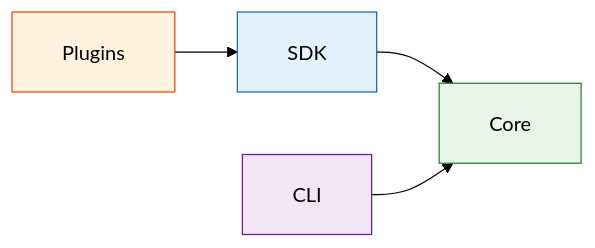
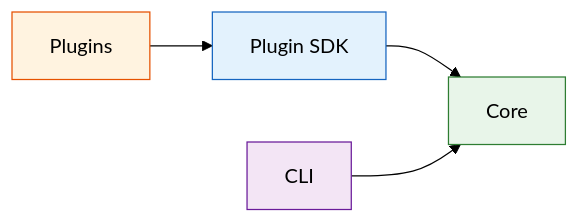
One commit to josephquigley/piqley-cli changed the first of 2 diagrams in docs/architecture/overview.md. Above: the diagram before and after it, drawn with Mermaid (forest theme).

Commit message:
fix: try useMaxWidth false to prevent node squishing

````diff
--- a/docs/architecture/overview.md
+++ b/docs/architecture/overview.md
@@ -7,17 +7,16 @@
 ```mermaid
 ---
 config:
   flowchart:
-    padding: 20
-    wrappingWidth: 200
+    useMaxWidth: false
 ---
 graph LR
-  Plugins["Plugins"] --> SDK["SDK"]
+  Plugins["Plugins"] --> SDK["Plugin SDK"]
   SDK --> Core["Core"]
   CLI["CLI"] --> Core
 
   style Plugins fill:#fff3e0,stroke:#e65100
   style SDK fill:#e3f2fd,stroke:#1565c0
   style Core fill:#e8f5e9,stroke:#2e7d32
   style CLI fill:#f3e5f5,stroke:#6a1b9a
 ```
````
